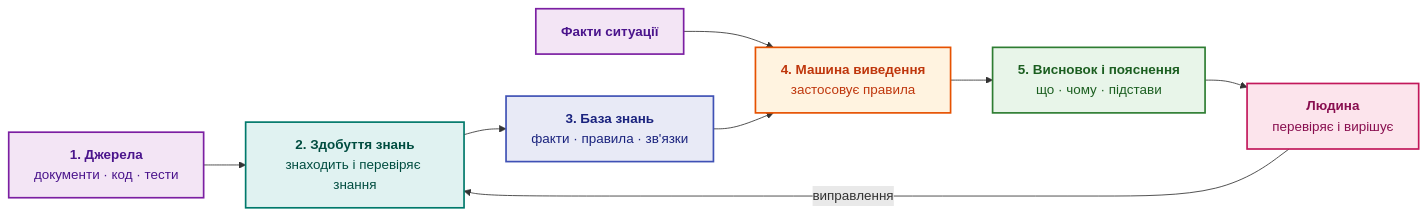
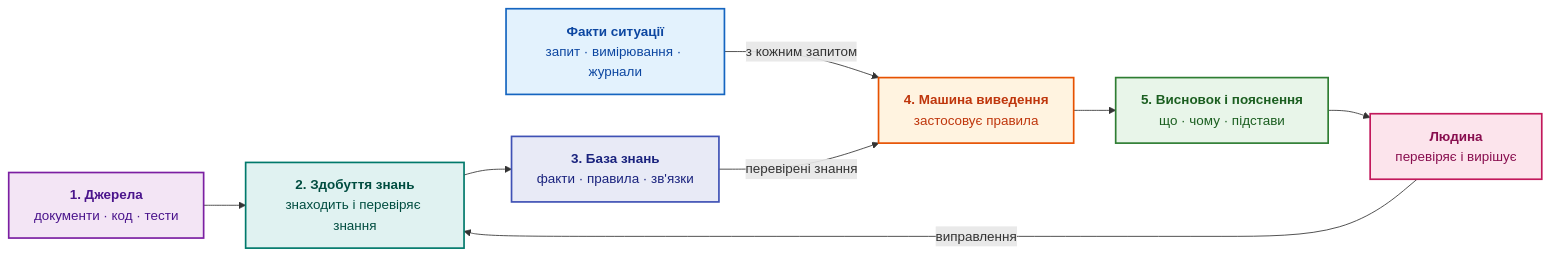
Before and after one commit to nick-fedchik/articles: the fourth of 4 diagrams in ExpertSystem/ch01-introduction-to-expert-systems.md, drawn with Mermaid. The commit also changed other lines of this file, not shown here.

First line of the commit message:
docs(ch01): explain facts of the situation in the knowledge flow

````diff
--- a/ExpertSystem/ch01-introduction-to-expert-systems.md
+++ b/ExpertSystem/ch01-introduction-to-expert-systems.md
@@ -398,27 +398,29 @@
 ```mermaid
 flowchart LR
     accTitle: Мінімальна архітектура експертної системи
-    accDescr: Документи й результати тестів проходять через систему здобуття знань до бази знань, після чого машина виведення формує пояснений висновок для людини.
+    accDescr: Документи й результати тестів проходять через систему здобуття знань до бази знань. Факти конкретної ситуації надходять разом із запитом. Машина виведення поєднує перевірені знання з фактами ситуації й формує пояснений висновок для людини, а виправлення людини повертаються до системи здобуття знань.
 
     SRC["<b>1. Джерела</b><br/>документи · код · тести"] --> KAS["<b>2. Здобуття знань</b><br/>знаходить і перевіряє знання"]
     KAS --> KB["<b>3. База знань</b><br/>факти · правила · зв'язки"]
-    CASE["<b>Факти ситуації</b>"] --> IE["<b>4. Машина виведення</b><br/>застосовує правила"]
-    KB --> IE
+    CASE["<b>Факти ситуації</b><br/>запит · вимірювання · журнали"] -->|"з кожним запитом"| IE["<b>4. Машина виведення</b><br/>застосовує правила"]
+    KB -->|"перевірені знання"| IE
     IE --> OUT["<b>5. Висновок і пояснення</b><br/>що · чому · підстави"]
     OUT --> HUM["<b>Людина</b><br/>перевіряє і вирішує"]
     HUM -->|"виправлення"| KAS
 
     classDef src fill:#f3e5f5,stroke:#7b1fa2,stroke-width:2px,color:#4a148c;
+    classDef fact fill:#e3f2fd,stroke:#1565c0,stroke-width:2px,color:#0d47a1;
     classDef kas fill:#e0f2f1,stroke:#00796b,stroke-width:2px,color:#004d40;
     classDef kb fill:#e8eaf6,stroke:#3f51b5,stroke-width:2px,color:#1a237e;
     classDef ie fill:#fff3e0,stroke:#e65100,stroke-width:2px,color:#bf360c;
     classDef out fill:#e8f5e9,stroke:#2e7d32,stroke-width:2px,color:#1b5e20;
     classDef hum fill:#fce4ec,stroke:#c2185b,stroke-width:2px,color:#880e4f;
 
-    class SRC,CASE src;
+    class SRC src;
+    class CASE fact;
     class KAS kas;
     class KB kb;
     class IE ie;
     class OUT out;
     class HUM hum;
 ```
````
